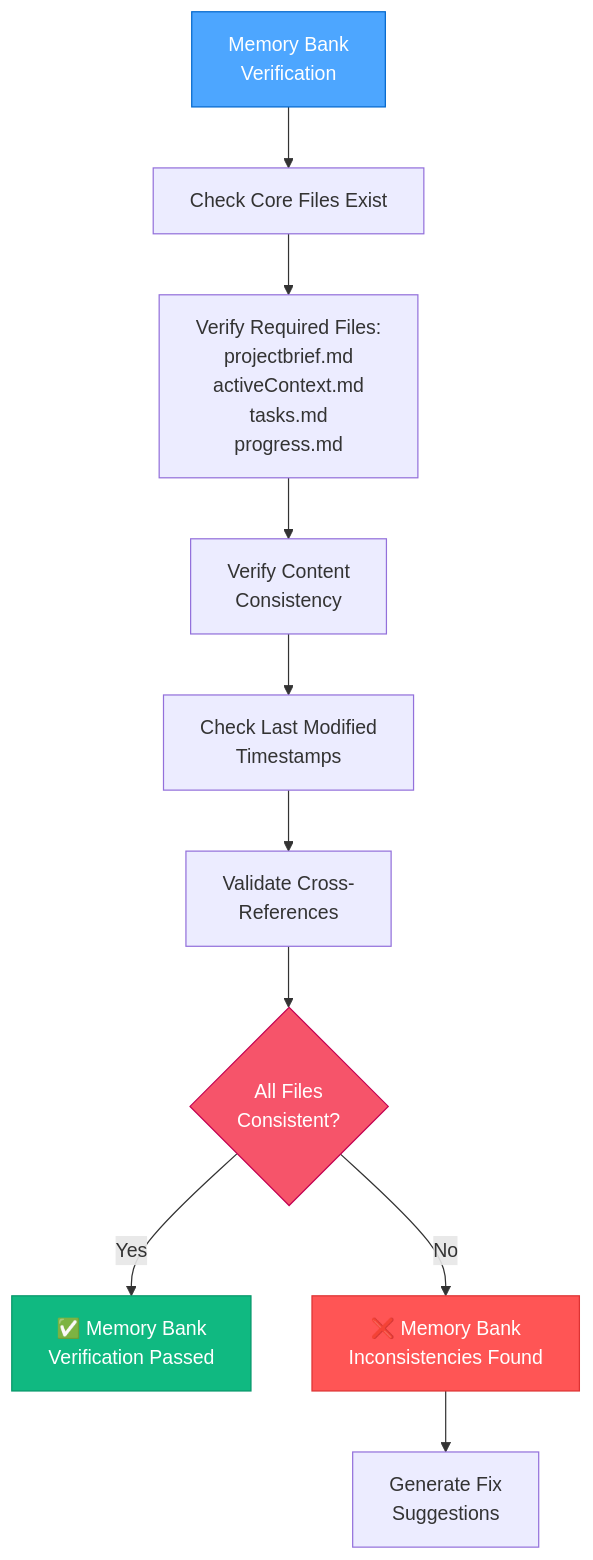
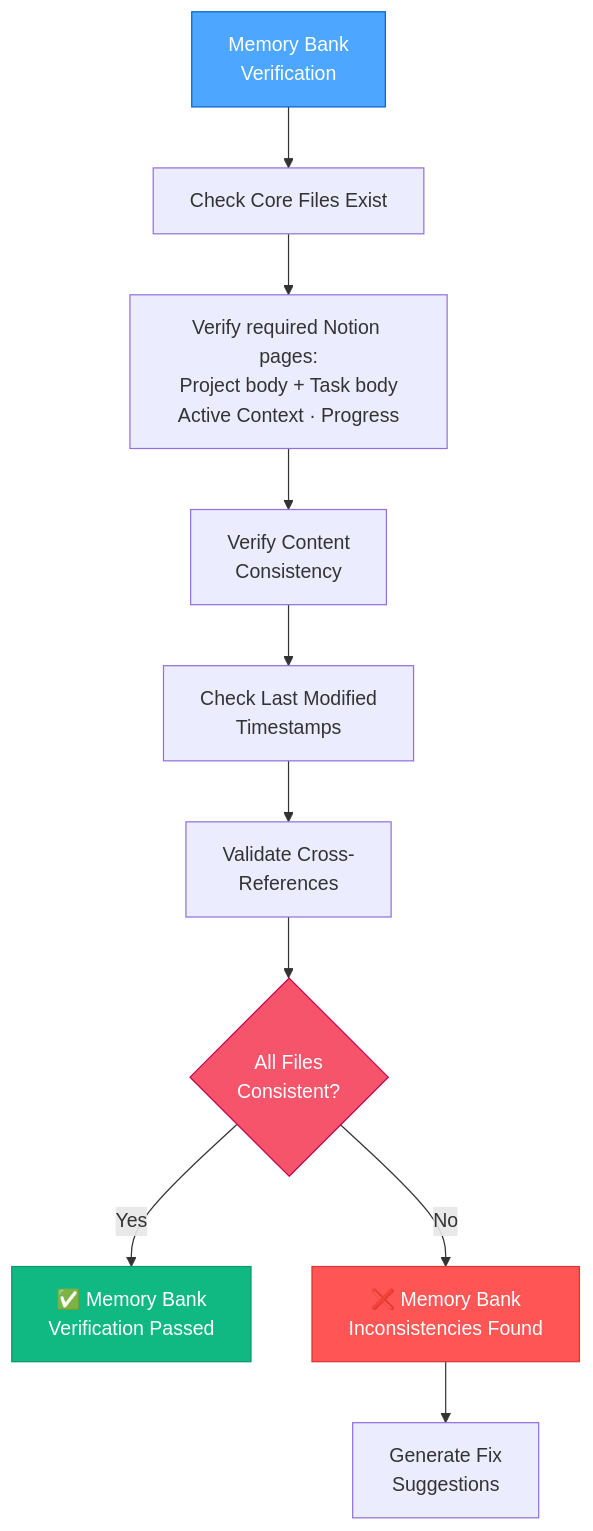
Before and after one commit to xianzhu21/cursor-memory-notion: the third of 10 diagrams in .cursor/rules/isolation_rules/visual-maps/qa-mode-map.mdc, drawn with Mermaid. The commit also changed other lines of this file and 37 other files, not shown here.

````diff
--- a/.cursor/rules/isolation_rules/visual-maps/qa-mode-map.mdc
+++ b/.cursor/rules/isolation_rules/visual-maps/qa-mode-map.mdc
@@ -89,20 +90,20 @@
 ```mermaid
 graph TD
     MBVS["Memory Bank<br>Verification"] --> CoreCheck["Check Core Files Exist"]
-    CoreCheck --> CoreFiles["Verify Required Files:<br>projectbrief.md<br>activeContext.md<br>tasks.md<br>progress.md"]
+    CoreCheck --> CoreFiles["Verify required Notion pages:<br>Project body + Task body<br>Active Context · Progress"]
     
     CoreFiles --> ContentCheck["Verify Content<br>Consistency"]
     ContentCheck --> LastModified["Check Last Modified<br>Timestamps"]
     LastModified --> CrossRef["Validate Cross-<br>References"]
     
     CrossRef --> ConsistencyCheck{"All Files<br>Consistent?"}
     ConsistencyCheck -->|"Yes"| PassMB["✅ Memory Bank<br>Verification Passed"]
     ConsistencyCheck -->|"No"| FailMB["❌ Memory Bank<br>Inconsistencies Found"]
     
     FailMB --> FixSuggestions["Generate Fix<br>Suggestions"]
     
     style MBVS fill:#4da6ff,stroke:#0066cc,color:white
     style ConsistencyCheck fill:#f6546a,stroke:#c30052,color:white
     style PassMB fill:#10b981,stroke:#059669,color:white
     style FailMB fill:#ff5555,stroke:#dd3333,color:white
 ```
````
